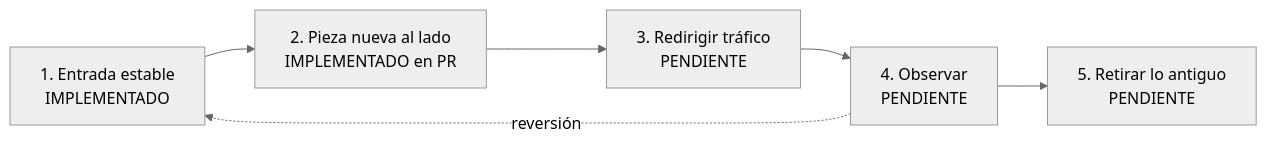
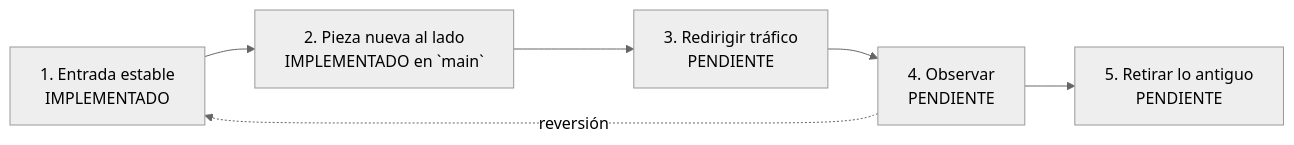
Before and after one commit to pillacarodriguezuriel-a11y/social_unsch: the diagram in docs/migracion/README.md, drawn with Mermaid (neutral theme). The commit also changed other lines of this file and 31 other files, not shown here.

````diff
--- a/docs/migracion/README.md
+++ b/docs/migracion/README.md
@@ -24,8 +24,8 @@
 ```mermaid
 flowchart LR
-    A["1. Entrada estable<br/>IMPLEMENTADO"] --> B["2. Pieza nueva al lado<br/>IMPLEMENTADO en PR"]
+    A["1. Entrada estable<br/>IMPLEMENTADO"] --> B["2. Pieza nueva al lado<br/>IMPLEMENTADO en `main`"]
     B --> C["3. Redirigir tráfico<br/>PENDIENTE"]
     C --> D["4. Observar<br/>PENDIENTE"]
     D --> E["5. Retirar lo antiguo<br/>PENDIENTE"]
     D -. "reversión" .-> A
 ```
````
